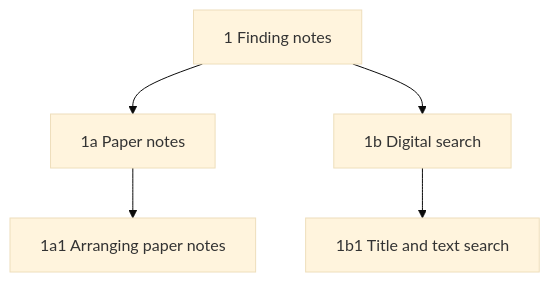
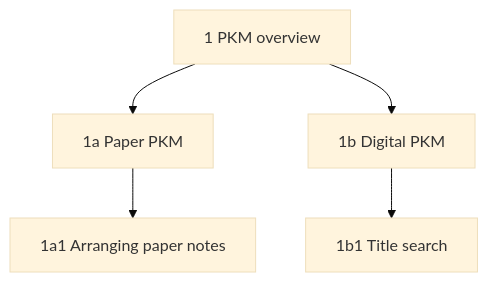
Before and after one commit to Yurii7812/homepage: the second of 4 diagrams in en/paper-pkm/guide.md, drawn with Mermaid (base theme). The commit also changed other lines of this file and 3 other files, not shown here.

Commit message:
Align paper PKM example IDs across diagrams and index entries

````diff
--- a/en/paper-pkm/guide.md
+++ b/en/paper-pkm/guide.md
@@ -53,7 +53,7 @@
 ```mermaid
 flowchart TD
-A["1 Finding notes"] --> B["1a Paper notes"]
-  A --> C["1b Digital search"]
+A["1 PKM overview"] --> B["1a Paper PKM"]
+  A --> C["1b Digital PKM"]
   B --> D["1a1 Arranging paper notes"]
-  C --> E["1b1 Title and text search"]
+  C --> E["1b1 Title search"]
 ```
````
